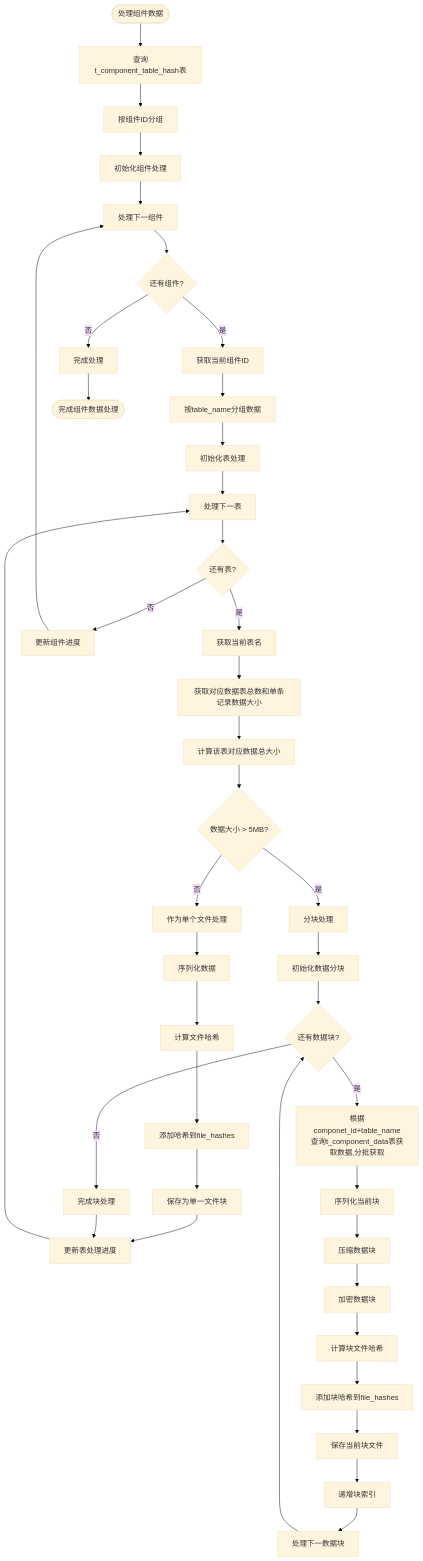
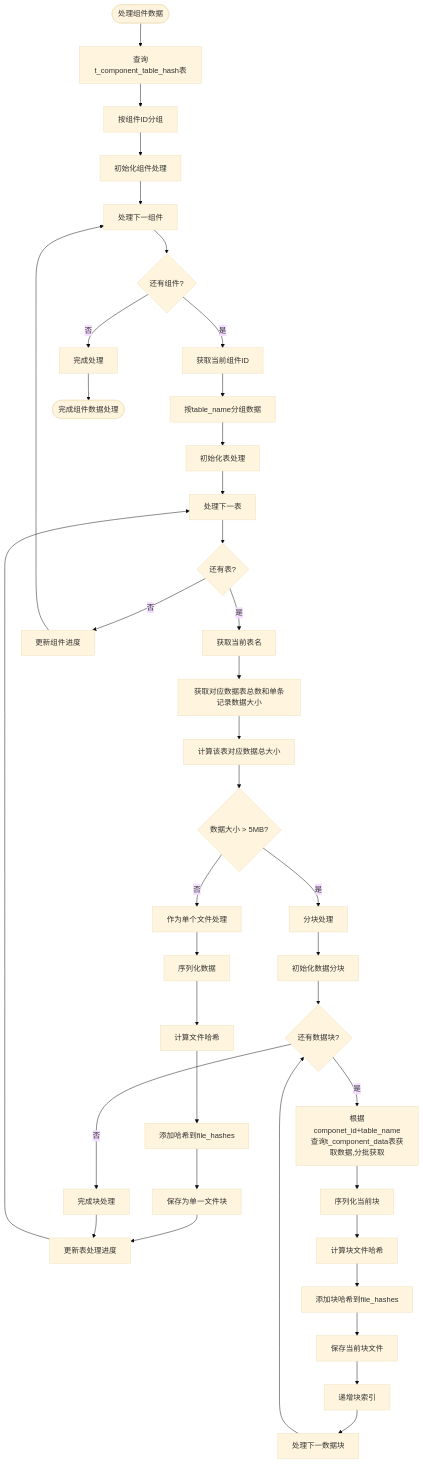
The diagram in all/未命名-60.md (yingjianzh/iodraw-files), drawn with Mermaid (base theme) before and after one commit.

Commit message:
2025-05-15 15:05:46 update

````diff
--- a/all/未命名-60.md
+++ b/all/未命名-60.md
@@ -1,60 +1,58 @@
 ```mermaid
 
 flowchart TD
     Start([处理组件数据]) --> QueryDB[查询t_component_table_hash表]
     QueryDB --> GroupByComp[按组件ID分组]
     GroupByComp --> InitCompProcess[初始化组件处理]
     
     InitCompProcess --> ProcessNextComp[处理下一组件]
     ProcessNextComp --> MoreComps{还有组件?}
     MoreComps -->|否| CompleteProcess[完成处理]
     MoreComps -->|是| GetCompID[获取当前组件ID]
     
     GetCompID --> GroupByTable[按table_name分组数据]
     GroupByTable --> InitTableProcess[初始化表处理]
     
     InitTableProcess --> ProcessNextTable[处理下一表]
     ProcessNextTable --> MoreTables{还有表?}
 
 
     MoreTables -->|是| GetTableName[获取当前表名]
     MoreTables -->|否| UpdateCompProgress[更新组件进度]
     
     UpdateCompProgress --> ProcessNextComp
     
     GetTableName --> CheckDataSize[获取对应数据表总数和单条记录数据大小]
     CheckDataSize --> TotalSize[计算该表对应数据总大小]
 
     TotalSize --> DataSize{数据大小 > 5MB?}
    
     DataSize -->|否| ProcessSingleFile[作为单个文件处理]
     DataSize -->|是| ProcessMultipleChunks[分块处理]
 
     ProcessMultipleChunks --> InitChunks[初始化数据分块]
     InitChunks --> MoreChunks{还有数据块?}
     MoreChunks -->|是| QueryTableData[根据componet_id+table_name查询t_component_data表获取数据,分批获取]
     MoreChunks -->|否| CompleteChunks[完成块处理]
     
     ProcessSingleFile --> SerializeData[序列化数据]
     SerializeData --> CalcFileHash[计算文件哈希]
     CalcFileHash --> AddToFileHashes[添加哈希到file_hashes]
     AddToFileHashes --> SaveSingleFile[保存为单一文件块]
     SaveSingleFile --> UpdateTableProgress[更新表处理进度]
     
     
     QueryTableData --> SerializeChunk[序列化当前块]
-    SerializeChunk --> CompressChunk[压缩数据块]
-    CompressChunk --> EncryptChunk[加密数据块]
-    EncryptChunk --> CalcChunkHash[计算块文件哈希]
+    SerializeChunk --> CalcChunkHash[计算块文件哈希]
     CalcChunkHash --> AddChunkHash[添加块哈希到file_hashes]
     AddChunkHash --> SaveCurrentData[保存当前块文件]
     SaveCurrentData --> IncrementChunkIndex[递增块索引]
     IncrementChunkIndex --> ProcessNextChunk[处理下一数据块]
     ProcessNextChunk --> MoreChunks
     
     CompleteChunks --> UpdateTableProgress
     UpdateTableProgress --> ProcessNextTable
     
     CompleteProcess --> End([完成组件数据处理])
 
 ```
````
